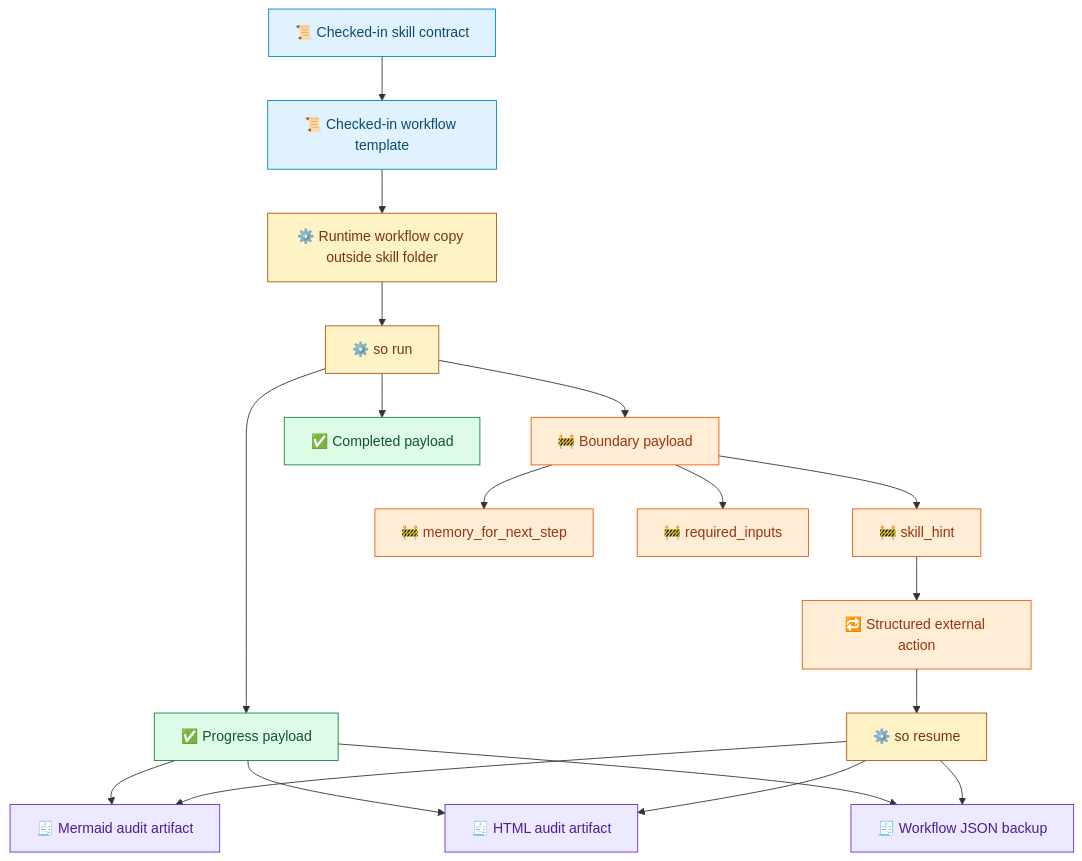
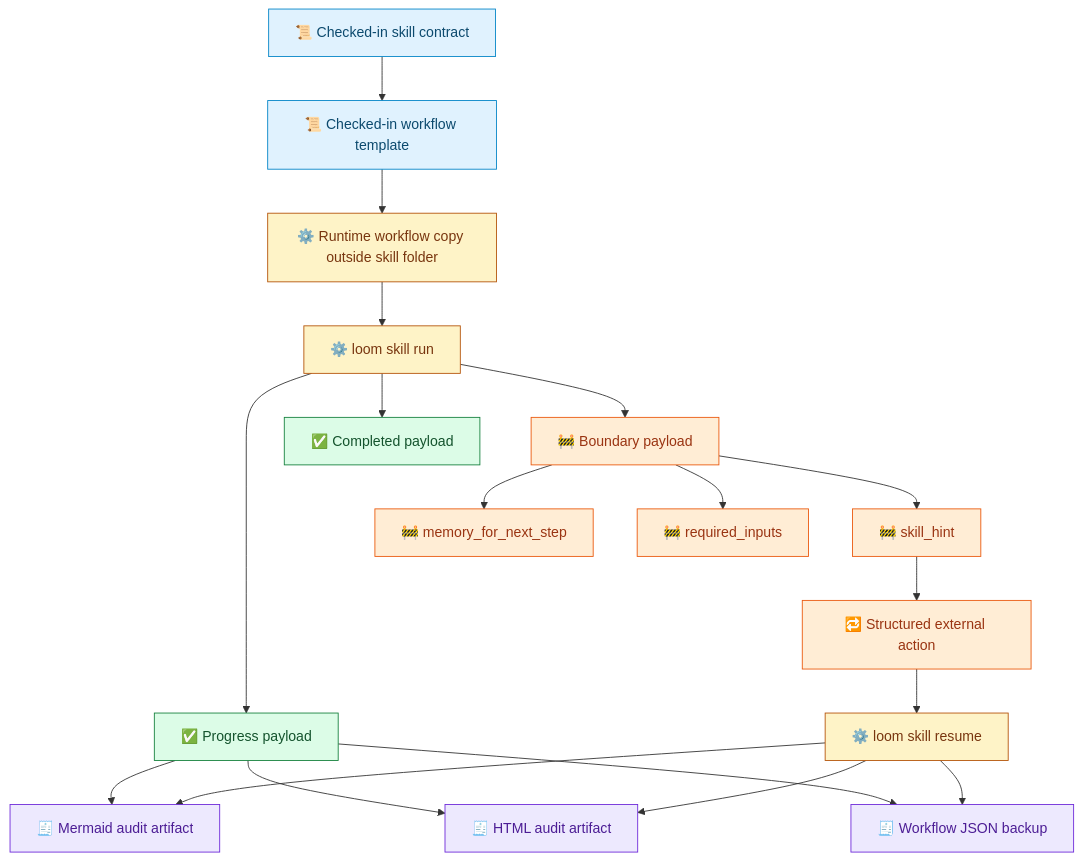
One commit to waynebaby/Techne-Loom changed the second of 2 diagrams in README.md. Above: the diagram before and after it, drawn with Mermaid. The commit also changed other lines of this file and 130 other files, not shown here.

````diff
--- a/README.md
+++ b/README.md
@@ -352,34 +352,34 @@
 ```mermaid
 flowchart TD
     A[📜 Checked-in skill contract] --> B[📜 Checked-in workflow template]
     B --> C[⚙️ Runtime workflow copy outside skill folder]
-    C --> D[⚙️ so run]
+    C --> D[⚙️ loom skill run]
     D --> E[✅ Progress payload]
     D --> F[🚧 Boundary payload]
     D --> G[✅ Completed payload]
     E --> H[🧾 Mermaid audit artifact]
     E --> I[🧾 HTML audit artifact]
     E --> J[🧾 Workflow JSON backup]
     F --> K[🚧 skill_hint]
     F --> L[🚧 memory_for_next_step]
     F --> M[🚧 required_inputs]
     K --> N[🔁 Structured external action]
-    N --> O[⚙️ so resume]
+    N --> O[⚙️ loom skill resume]
     O --> H
     O --> I
     O --> J
 
     classDef contract fill:#E0F2FE,stroke:#0284C7,color:#0C4A6E;
     classDef runtime fill:#FEF3C7,stroke:#B45309,color:#78350F;
     classDef output fill:#DCFCE7,stroke:#15803D,color:#14532D;
     classDef boundary fill:#FFEDD5,stroke:#EA580C,color:#9A3412;
     classDef audit fill:#EDE9FE,stroke:#6D28D9,color:#4C1D95;
 
     class A,B contract;
     class C,D,O runtime;
     class E,G output;
     class F,K,L,M boundary;
     class H,I,J audit;
 
     class N boundary;
 ```
````
